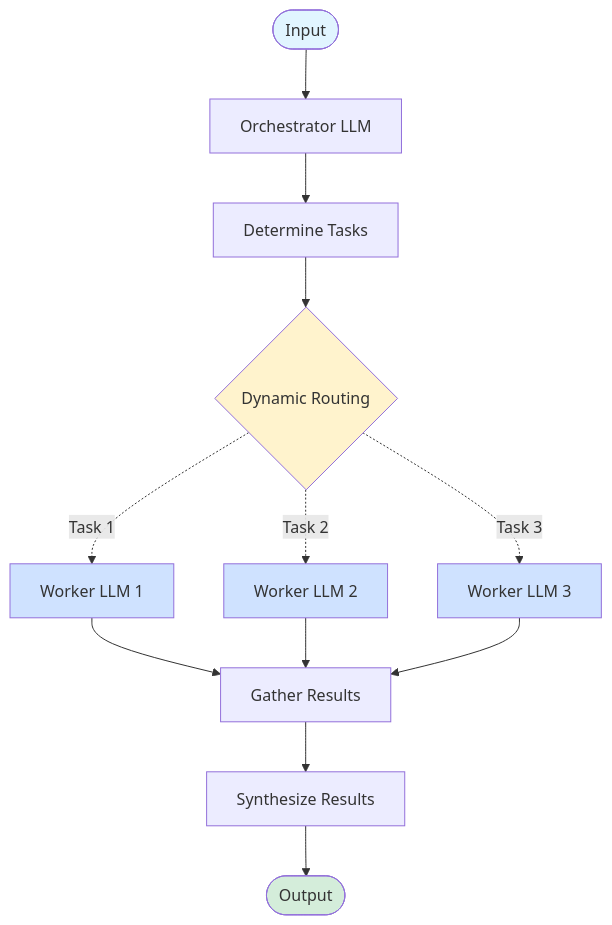
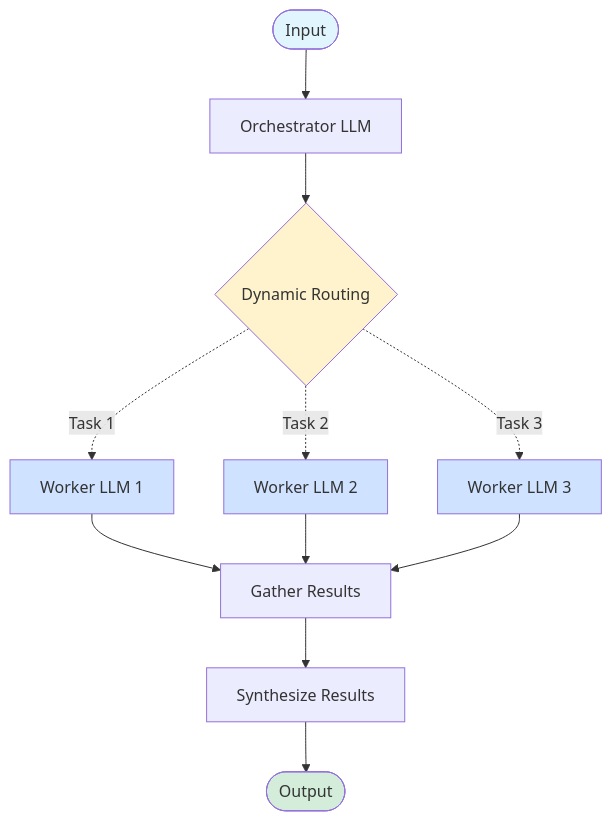
Before and after one commit to diagrid-labs/dapr-reliable-agentic-systems: the diagram in .demo/slides/10-orchestrator-workers/10-02-diagram.md, drawn with Mermaid. The commit also changed 14 other files, not shown here.

````diff
--- a/.demo/slides/10-orchestrator-workers/10-02-diagram.md
+++ b/.demo/slides/10-orchestrator-workers/10-02-diagram.md
@@ -8,21 +8,20 @@
 ```mermaid
 graph TD
     Start([Input]) --> A1[Orchestrator LLM]
-    A1 --> A2[Determine Tasks]
-    A2 --> Router{Dynamic Routing}
+    A1 --> Router{Dynamic Routing}
     Router -.->|Task 1| W1[Worker LLM 1]
     Router -.->|Task 2| W2[Worker LLM 2]
     Router -.->|Task 3| W3[Worker LLM 3]
     W1 --> Gather[Gather Results]
     W2 --> Gather
     W3 --> Gather
     Gather --> A3[Synthesize Results]
     A3 --> End([Output])
     
     style Start fill:#e1f5ff
     style Router fill:#fff3cd
     style W1 fill:#cfe2ff
     style W2 fill:#cfe2ff
     style W3 fill:#cfe2ff
     style End fill:#d4edda
 ```
````
